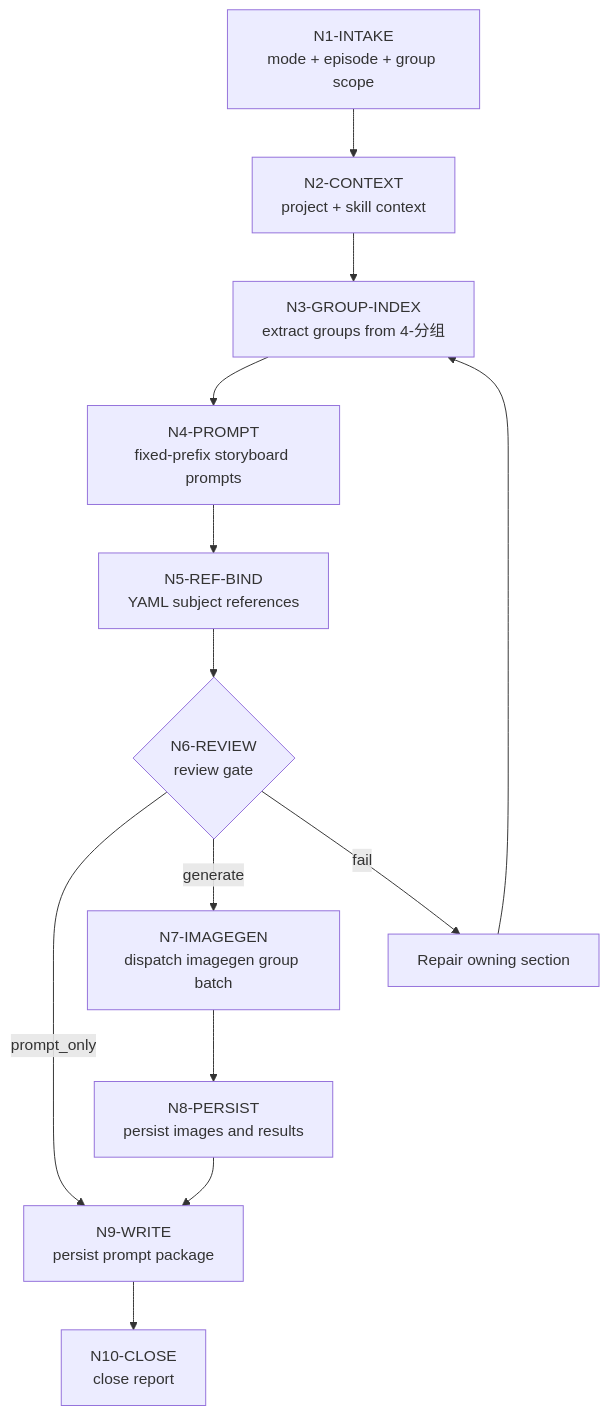
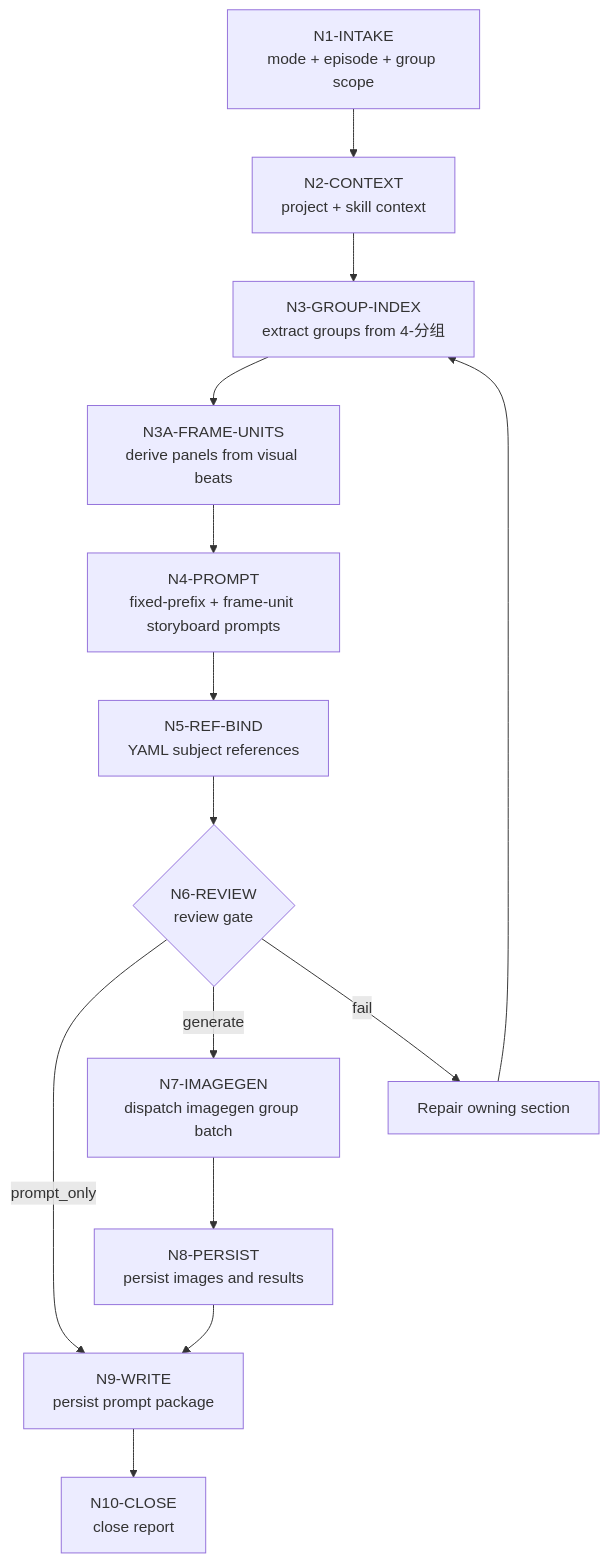
The diagram in .agents/skills/aigc/6-图像/B-分镜故事板/steps/storyboard-sheet-workflow.md (ZEN-VOID/AI-CUT), drawn with Mermaid before and after one commit. The commit also changed other lines of this file and 129 other files, not shown here.

````diff
--- a/.agents/skills/aigc/6-图像/B-分镜故事板/steps/storyboard-sheet-workflow.md
+++ b/.agents/skills/aigc/6-图像/B-分镜故事板/steps/storyboard-sheet-workflow.md
@@ -7,15 +7,16 @@
 ```mermaid
 flowchart TD
     N1["N1-INTAKE<br/>mode + episode + group scope"] --> N2["N2-CONTEXT<br/>project + skill context"]
     N2 --> N3["N3-GROUP-INDEX<br/>extract groups from 4-分组"]
-    N3 --> N4["N4-PROMPT<br/>fixed-prefix storyboard prompts"]
+    N3 --> N3A["N3A-FRAME-UNITS<br/>derive panels from visual beats"]
+    N3A --> N4["N4-PROMPT<br/>fixed-prefix + frame-unit storyboard prompts"]
     N4 --> N5["N5-REF-BIND<br/>YAML subject references"]
     N5 --> N6{"N6-REVIEW<br/>review gate"}
     N6 -->|"prompt_only"| N9["N9-WRITE<br/>persist prompt package"]
     N6 -->|"generate"| N7["N7-IMAGEGEN<br/>dispatch imagegen group batch"]
     N7 --> N8["N8-PERSIST<br/>persist images and results"]
     N8 --> N9
     N6 -->|"fail"| R["Repair owning section"]
     R --> N3
     N9 --> N10["N10-CLOSE<br/>close report"]
 ```
````
